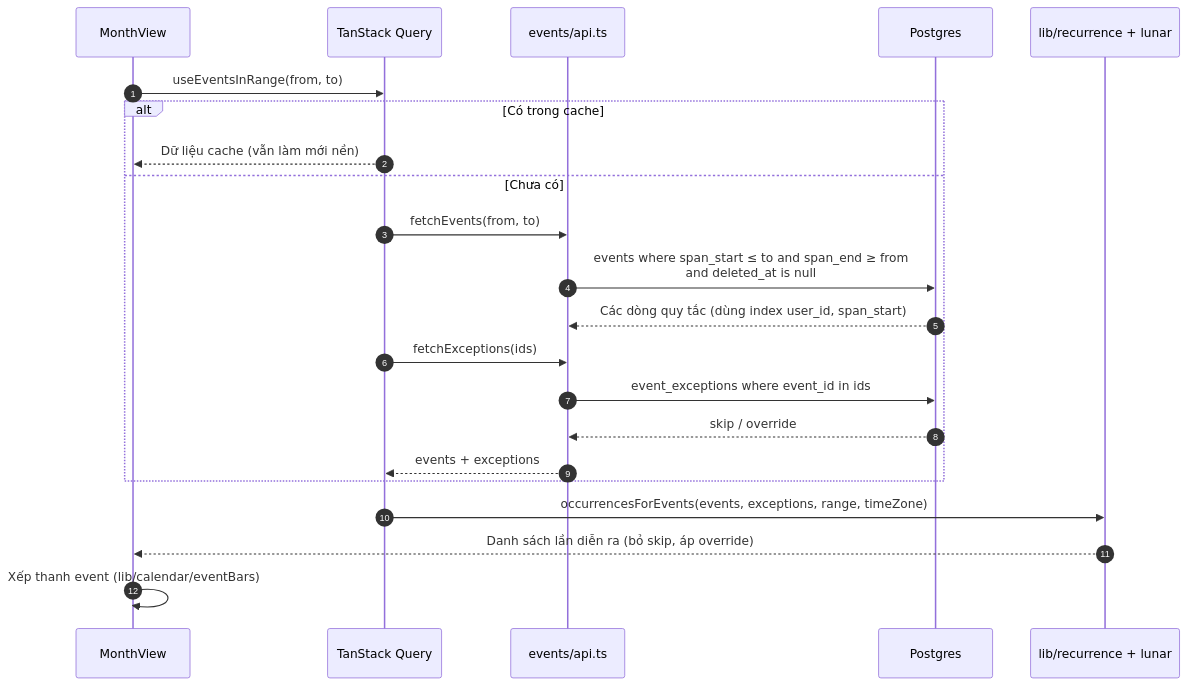
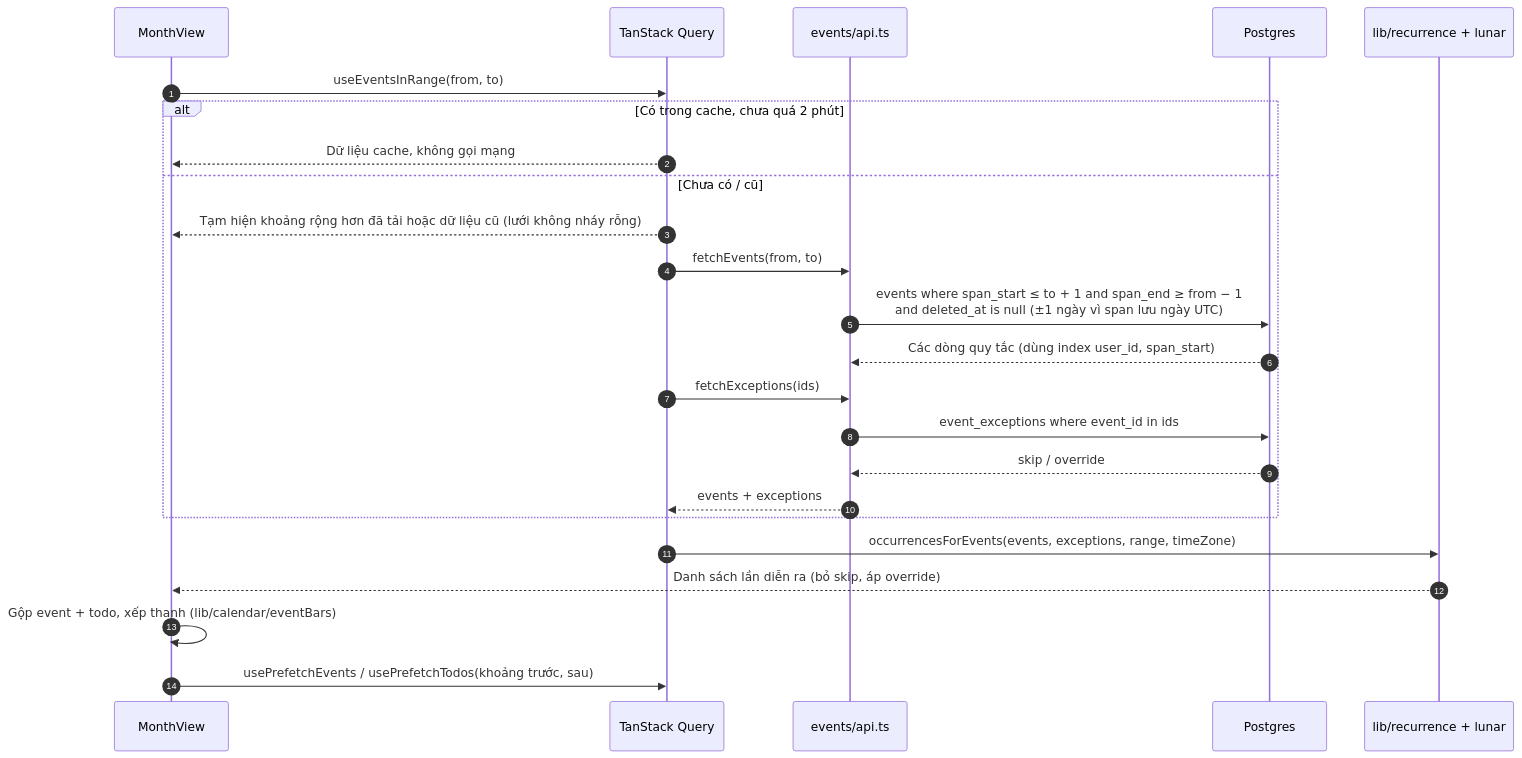
The diagram in docs/specs/architecture/calendar.md (danhbuidcn/daynest), drawn with Mermaid before and after one commit. The commit also changed other lines of this file and 13 other files, not shown here.

Commit message:
docs: update architecture to v5.0.1

````diff
--- a/docs/specs/architecture/calendar.md
+++ b/docs/specs/architecture/calendar.md
@@ -7,25 +9,27 @@
 ```mermaid
 sequenceDiagram
   autonumber
   participant UI as MonthView
   participant Q as TanStack Query
   participant API as events/api.ts
   participant DB as Postgres
   participant L as lib/recurrence + lunar
 
   UI->>Q: useEventsInRange(from, to)
-  alt Có trong cache
-    Q-->>UI: Dữ liệu cache (vẫn làm mới nền)
-  else Chưa có
+  alt Có trong cache, chưa quá 2 phút
+    Q-->>UI: Dữ liệu cache, không gọi mạng
+  else Chưa có / cũ
+    Q-->>UI: Tạm hiện khoảng rộng hơn đã tải hoặc dữ liệu cũ (lưới không nháy rỗng)
     Q->>API: fetchEvents(from, to)
-    API->>DB: events where span_start ≤ to and span_end ≥ from<br/>and deleted_at is null
+    API->>DB: events where span_start ≤ to + 1 and span_end ≥ from − 1<br/>and deleted_at is null (±1 ngày vì span lưu ngày UTC)
     DB-->>API: Các dòng quy tắc (dùng index user_id, span_start)
     Q->>API: fetchExceptions(ids)
     API->>DB: event_exceptions where event_id in ids
     DB-->>API: skip / override
     API-->>Q: events + exceptions
   end
   Q->>L: occurrencesForEvents(events, exceptions, range, timeZone)
   L-->>UI: Danh sách lần diễn ra (bỏ skip, áp override)
-  UI->>UI: Xếp thanh event (lib/calendar/eventBars)
+  UI->>UI: Gộp event + todo, xếp thanh (lib/calendar/eventBars)
+  UI->>Q: usePrefetchEvents / usePrefetchTodos(khoảng trước, sau)
 ```
````
